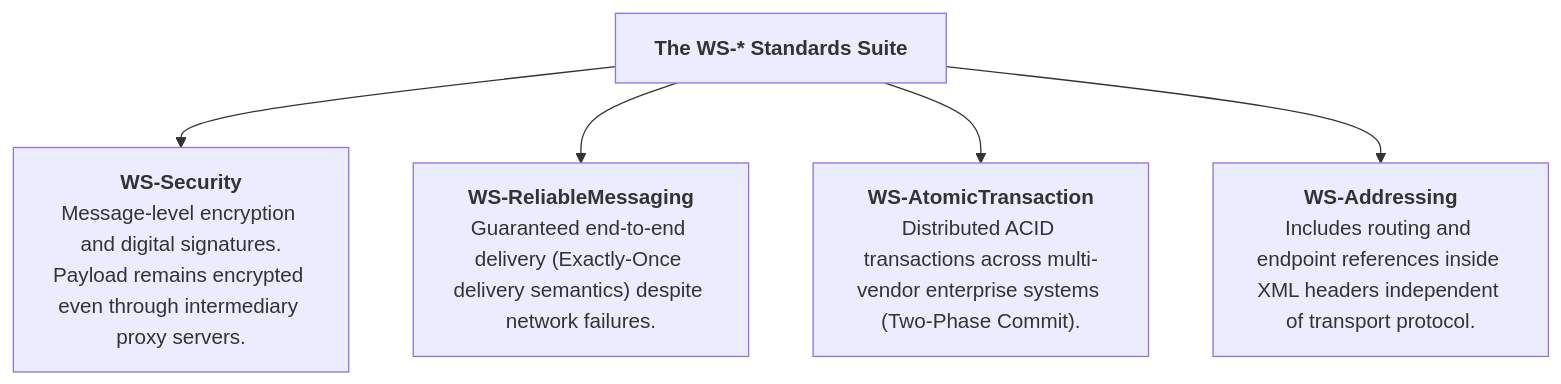
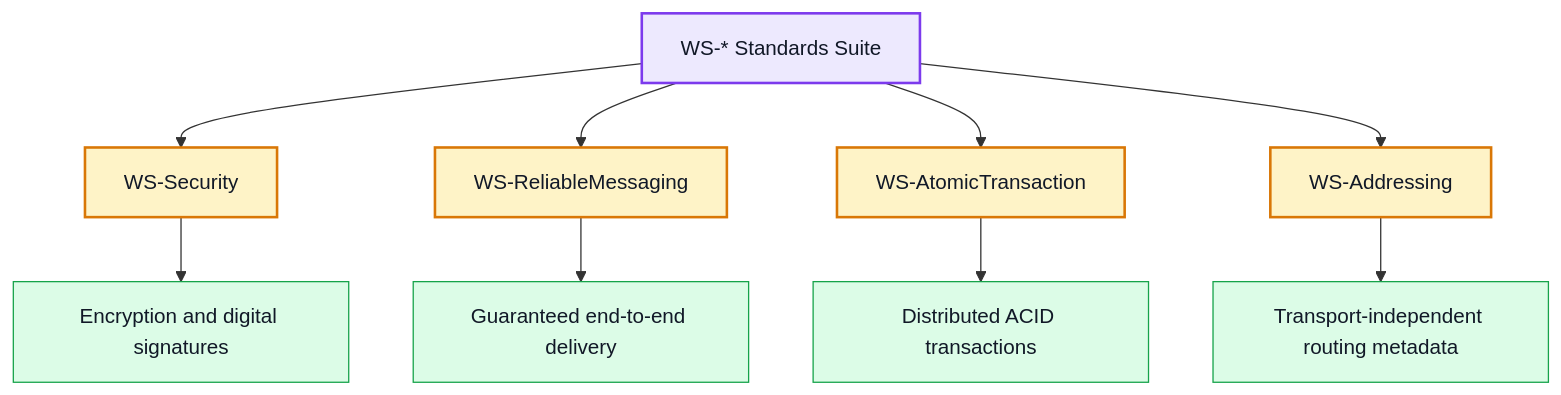
The third of 3 diagrams in Computer Science/Web Development/APIs/SOAP.md (Aryan107rn/Obsidian_Second_Brain), drawn with Mermaid before and after one commit. The commit also changed other lines of this file and 37 other files, not shown here.

````diff
--- a/Computer Science/Web Development/APIs/SOAP.md
+++ b/Computer Science/Web Development/APIs/SOAP.md
@@ -128,12 +143,23 @@
 ```mermaid
 flowchart TD
-    WS["<b>The WS-* Standards Suite</b>"]
+    WS["WS-* Standards Suite"]
     
-    WS --> Sec["<b>WS-Security</b><br/>Message-level encryption and digital signatures.<br/>Payload remains encrypted even through intermediary proxy servers."]
+    WS --> Sec["WS-Security"]
+    Sec --> SecDetail["Encryption and digital signatures"]
     
-    WS --> Rel["<b>WS-ReliableMessaging</b><br/>Guaranteed end-to-end delivery (Exactly-Once delivery semantics) despite network failures."]
+    WS --> Rel["WS-ReliableMessaging"]
+    Rel --> RelDetail["Guaranteed end-to-end delivery"]
     
-    WS --> Atom["<b>WS-AtomicTransaction</b><br/>Distributed ACID transactions across multi-vendor enterprise systems (Two-Phase Commit)."]
+    WS --> Atom["WS-AtomicTransaction"]
+    Atom --> AtomDetail["Distributed ACID transactions"]
     
-    WS --> Addr["<b>WS-Addressing</b><br/>Includes routing and endpoint references inside XML headers independent of transport protocol."]
+    WS --> Addr["WS-Addressing"]
+    Addr --> AddrDetail["Transport-independent routing metadata"]
+
+    classDef root fill:#EDE9FE,stroke:#7C3AED,color:#111827,stroke-width:2px
+    classDef standard fill:#FEF3C7,stroke:#D97706,color:#111827,stroke-width:2px
+    classDef detail fill:#DCFCE7,stroke:#16A34A,color:#111827,stroke-width:1px
+    class WS root
+    class Sec,Rel,Atom,Addr standard
+    class SecDetail,RelDetail,AtomDetail,AddrDetail detail
 ```
````
